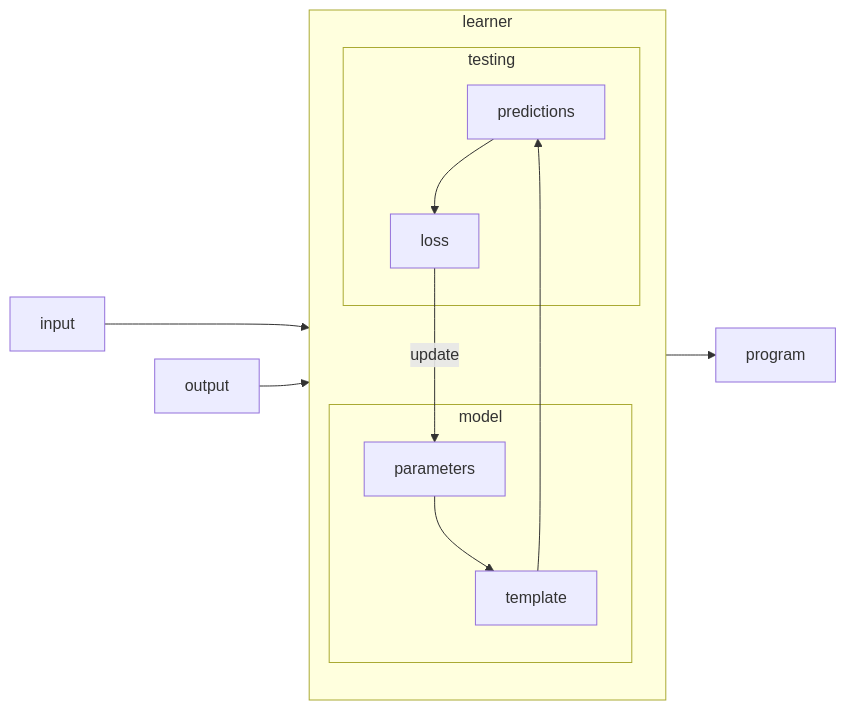
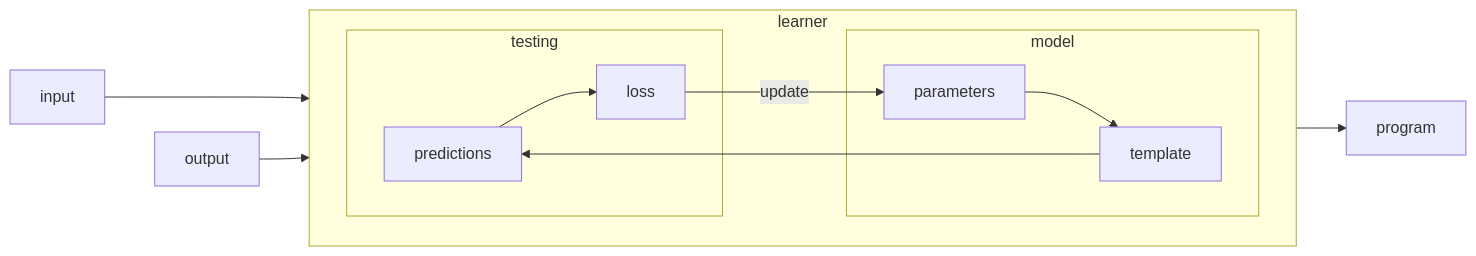
The third of 3 diagrams in _posts/2023-08-16-rivoluzione.md (nicoladerric/nicoladerric.github.io), drawn with Mermaid before and after one commit.

````diff
--- a/_posts/2023-08-16-rivoluzione.md
+++ b/_posts/2023-08-16-rivoluzione.md
@@ -53,17 +53,17 @@
 ```mermaid
 flowchart LR;
     input ---> template;
     subgraph learner
-        direction TB
+        direction LR
         model ~~~ testing;
         subgraph model
         parameters --> template;
         end
         subgraph testing
         template --> predictions --> loss;
         end
         loss --> |update|parameters;
     end
     output --> loss;
     learner --> program
 ```
````
